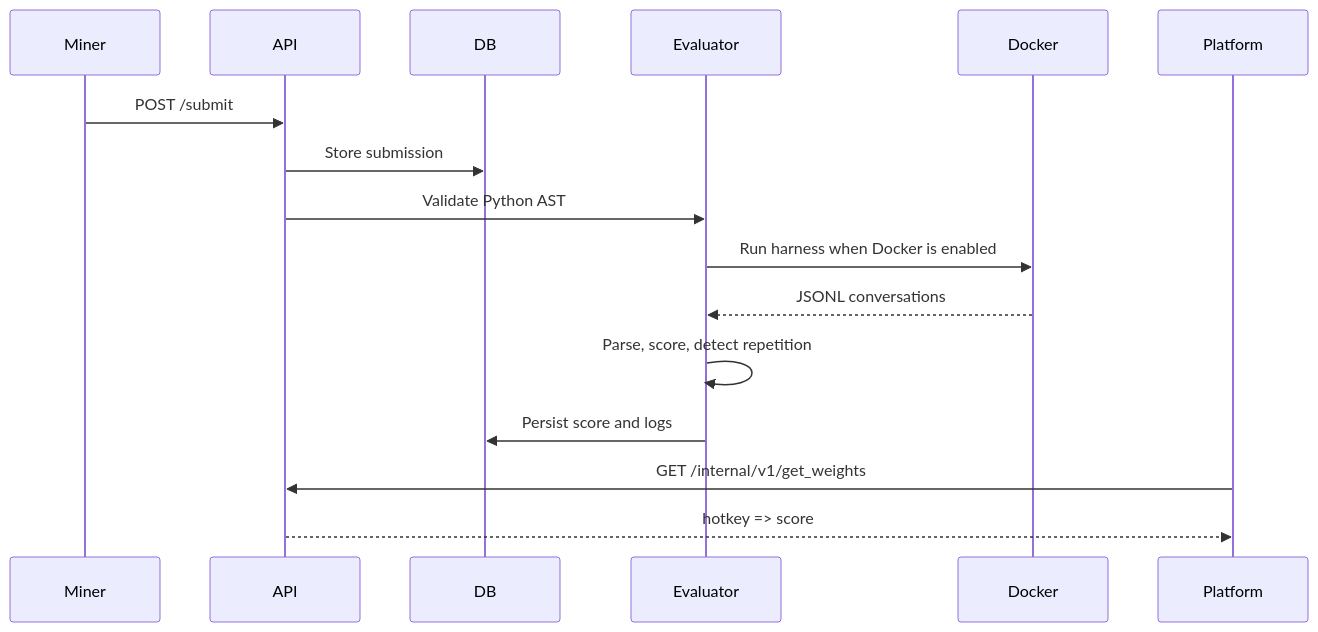
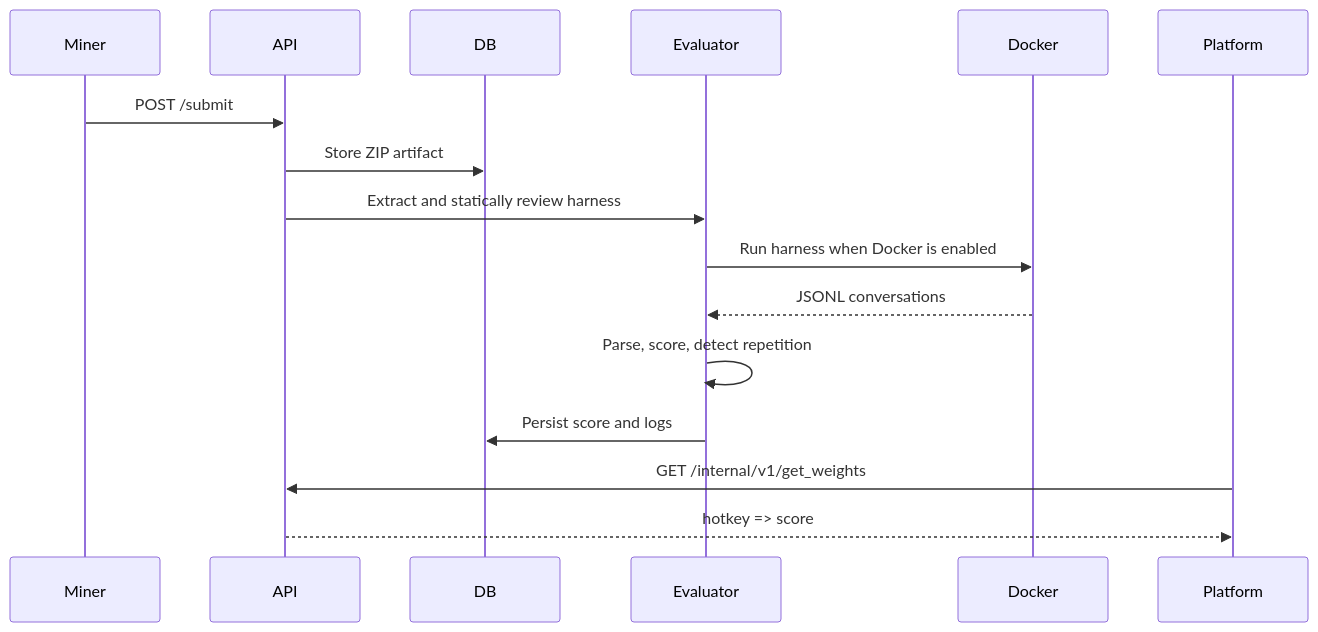
The second of 3 diagrams in README.md (PlatformNetwork/data-fabrication), drawn with Mermaid before and after one commit. The commit also changed other lines of this file and 5 other files, not shown here.

````diff
--- a/README.md
+++ b/README.md
@@ -58,19 +58,19 @@
 ```mermaid
 sequenceDiagram
     participant M as Miner
     participant A as API
     participant D as DB
     participant E as Evaluator
     participant X as Docker
     participant P as Platform
 
     M->>A: POST /submit
-    A->>D: Store submission
-    A->>E: Validate Python AST
+    A->>D: Store ZIP artifact
+    A->>E: Extract and statically review harness
     E->>X: Run harness when Docker is enabled
     X-->>E: JSONL conversations
     E->>E: Parse, score, detect repetition
     E->>D: Persist score and logs
     P->>A: GET /internal/v1/get_weights
     A-->>P: hotkey => score
 ```
````
